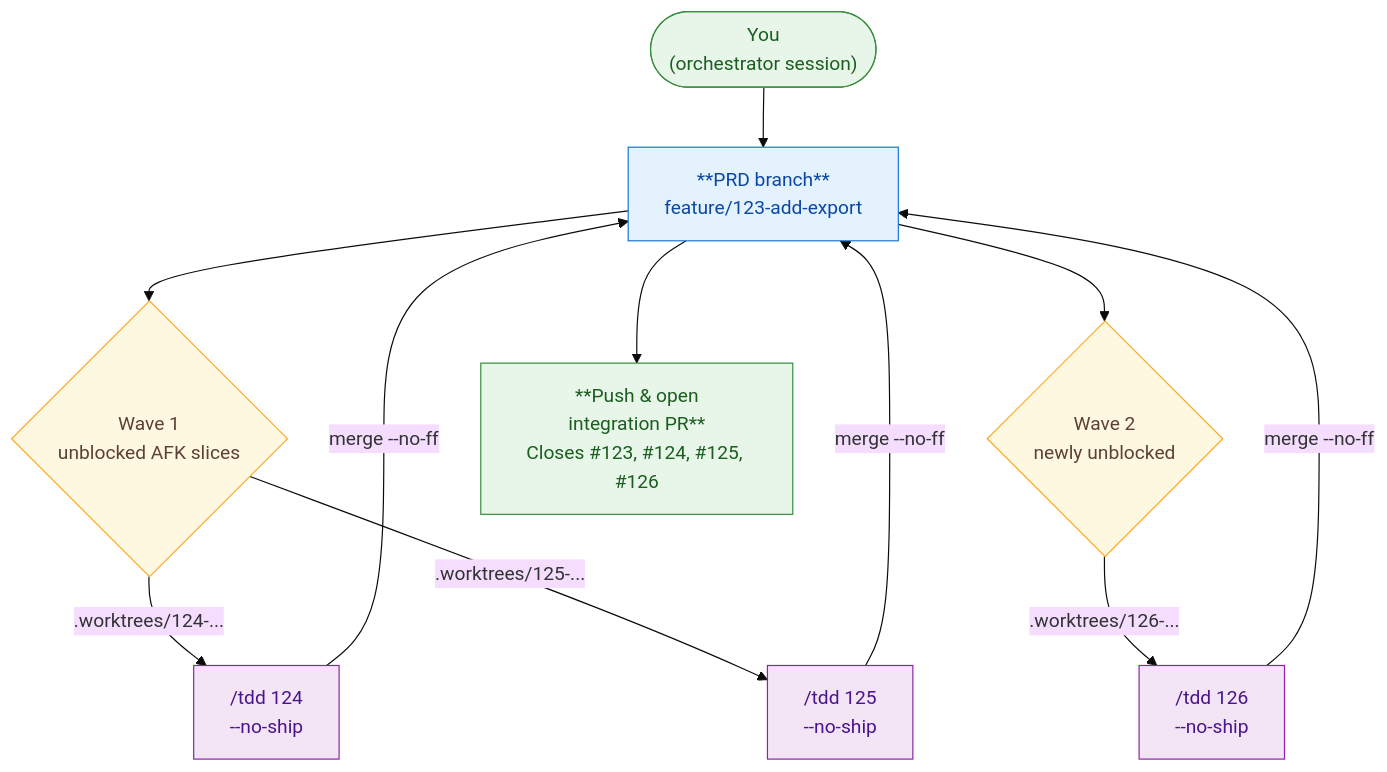
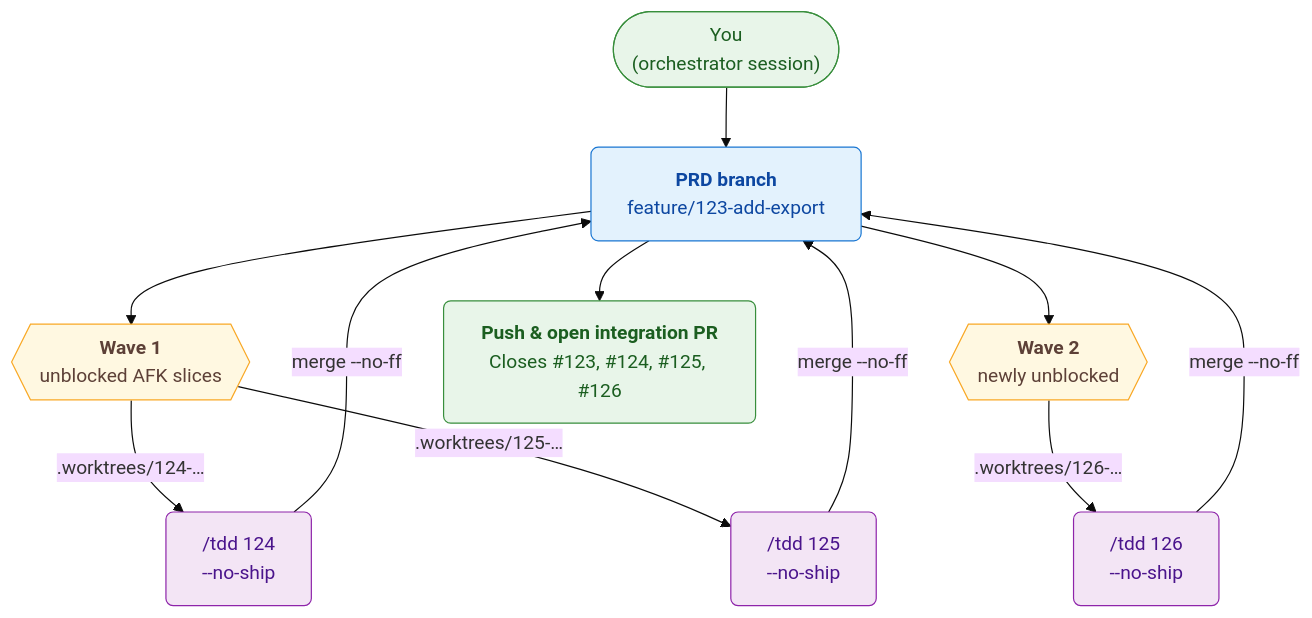
The diagram in docs/tdd-parallel.md (ZunoSmartLabs/zsl-superpowers), drawn with Mermaid (base theme) before and after one commit. The commit also changed 1 other file, not shown here.

Commit message:
Tighten Mermaid diagrams: markdown labels, drop dashed setup branch
- Switch flowchart node labels to Mermaid's backtick-string syntax so
  **bold** and literal newlines render properly (was rendering as
  literal '**Plan**' text).
- Remove the dashed One-time setup branch from the workflow loop and
  promote that callout to the prose above the diagram, so the loop
  reads as a clean five-node cycle without a dangling preamble.
- Use rx/ry for rounded corners and middle-dot separators between
  skill names so the labels are easier to scan.

````diff
--- a/docs/tdd-parallel.md
+++ b/docs/tdd-parallel.md
@@ -14,22 +14,30 @@
 ```mermaid
 flowchart TB
-    user(["You<br/>(orchestrator session)"]) --> prd
-    prd["**PRD branch**<br/>feature/123-add-export"] --> w1
-    w1{"Wave 1<br/>unblocked AFK slices"} -->|".worktrees/124-..."| s1["/tdd 124<br/>--no-ship"]
-    w1 -->|".worktrees/125-..."| s2["/tdd 125<br/>--no-ship"]
+    user(["`You
+    (orchestrator session)`"]) --> prd
+    prd["`**PRD branch**
+    feature/123-add-export`"] --> w1
+    w1{{"`**Wave 1**
+    unblocked AFK slices`"}} -->|".worktrees/124-…"| s1["`/tdd 124
+    --no-ship`"]
+    w1 -->|".worktrees/125-…"| s2["`/tdd 125
+    --no-ship`"]
     s1 -->|"merge --no-ff"| prd
     s2 -->|"merge --no-ff"| prd
-    prd --> w2{"Wave 2<br/>newly unblocked"}
-    w2 -->|".worktrees/126-..."| s3["/tdd 126<br/>--no-ship"]
+    prd --> w2{{"`**Wave 2**
+    newly unblocked`"}}
+    w2 -->|".worktrees/126-…"| s3["`/tdd 126
+    --no-ship`"]
     s3 -->|"merge --no-ff"| prd
-    prd --> done["**Push & open<br/>integration PR**<br/>Closes #123, #124, #125, #126"]
+    prd --> done["`**Push & open integration PR**
+    Closes #123, #124, #125, #126`"]
 
-    classDef branch fill:#e3f2fd,stroke:#1976d2,color:#0d47a1;
+    classDef branch fill:#e3f2fd,stroke:#1976d2,color:#0d47a1,rx:6,ry:6;
     classDef wave fill:#fff8e1,stroke:#f9a825,color:#5d4037;
-    classDef agent fill:#f3e5f5,stroke:#8e24aa,color:#4a148c;
-    classDef terminal fill:#e8f5e9,stroke:#388e3c,color:#1b5e20;
+    classDef agent fill:#f3e5f5,stroke:#8e24aa,color:#4a148c,rx:6,ry:6;
+    classDef terminal fill:#e8f5e9,stroke:#388e3c,color:#1b5e20,rx:6,ry:6;
     class prd branch;
     class w1,w2 wave;
     class s1,s2,s3 agent;
     class done,user terminal;
 ```
````
